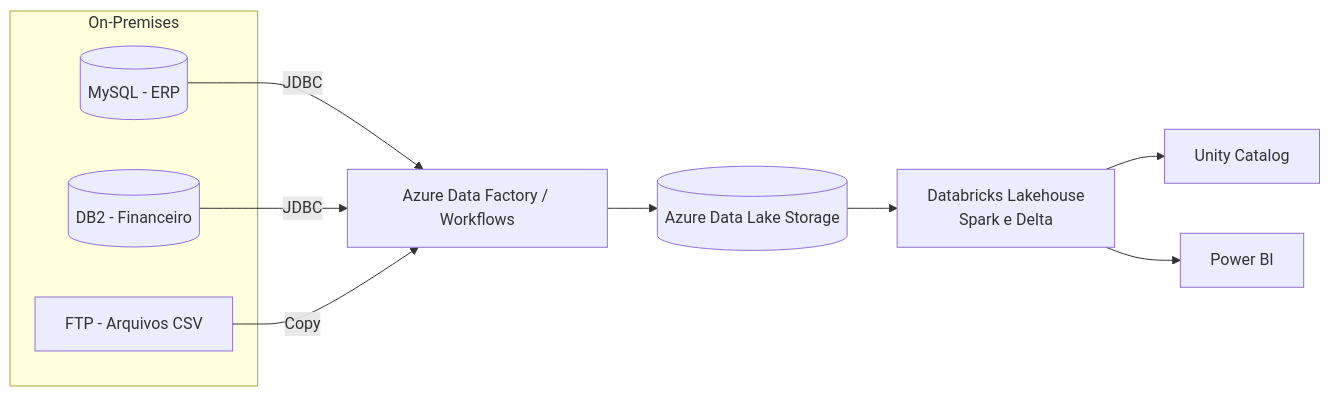
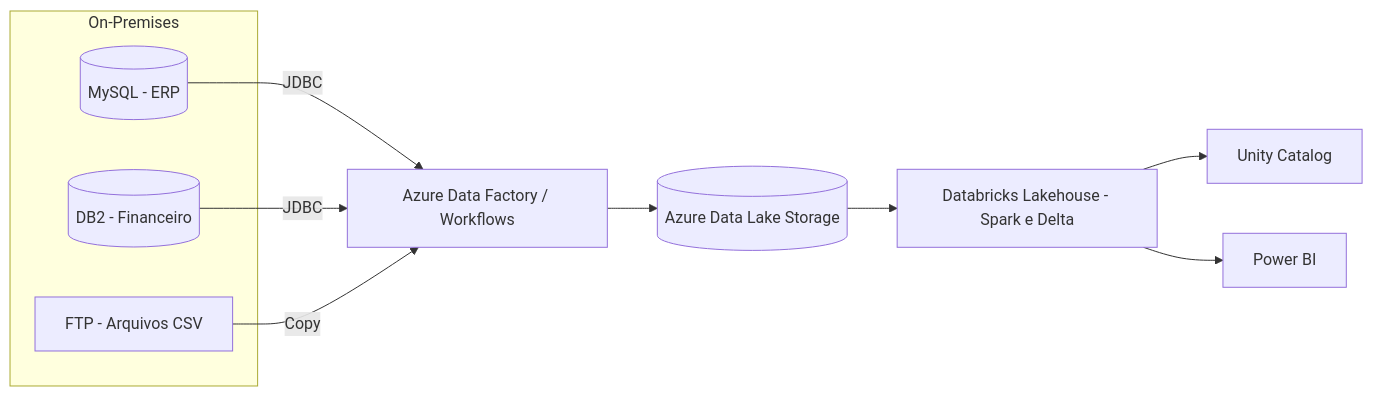
The diagram in README.md (HevertSousa/DataFlow-Cloudification-Project), drawn with Mermaid before and after one commit. The commit also changed other lines of this file and 17 other files, not shown here.

````diff
--- a/README.md
+++ b/README.md
@@ -14,23 +10,22 @@
 ```mermaid
 flowchart LR
     subgraph OnPrem[On‑Premises]
       ERP[(MySQL - ERP)]
       FIN[(DB2 - Financeiro)]
       FTP[FTP - Arquivos CSV]
     end
 
     ADF[Azure Data Factory / Workflows]
     ADLS[(Azure Data Lake Storage)]
-    DBX[Databricks Lakehouse
-Spark e Delta]
+    DBX[Databricks Lakehouse - Spark e Delta]
     UC[Unity Catalog]
     PBI[Power BI]
 
     ERP -->|JDBC| ADF
     FIN -->|JDBC| ADF
     FTP -->|Copy| ADF
     ADF --> ADLS
     ADLS --> DBX
     DBX --> UC
     DBX --> PBI
 ```
````
